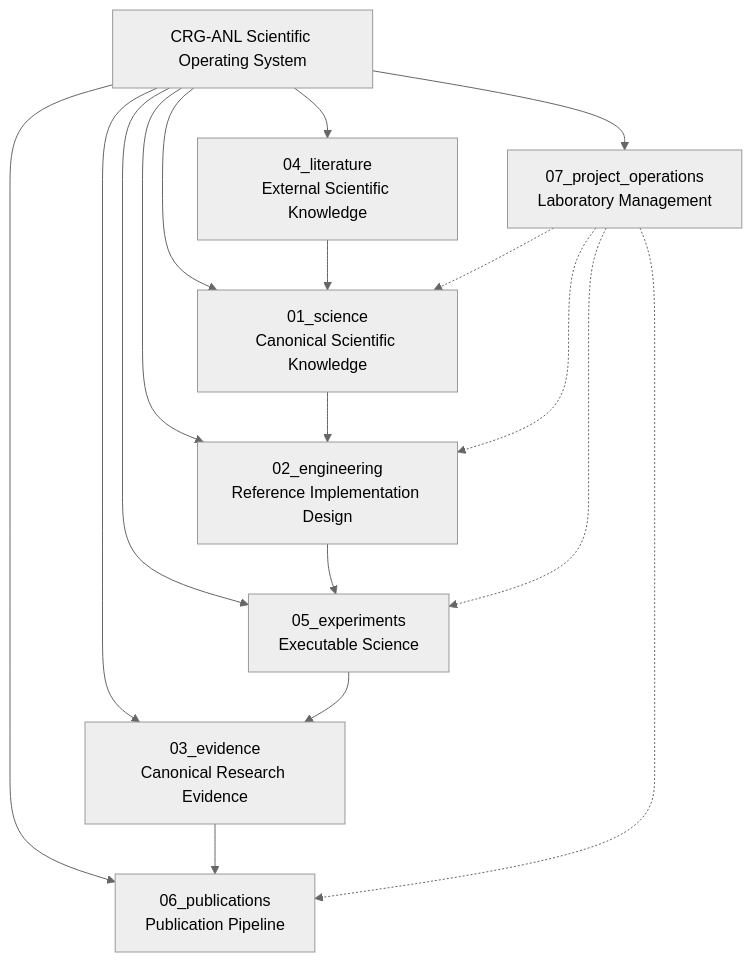
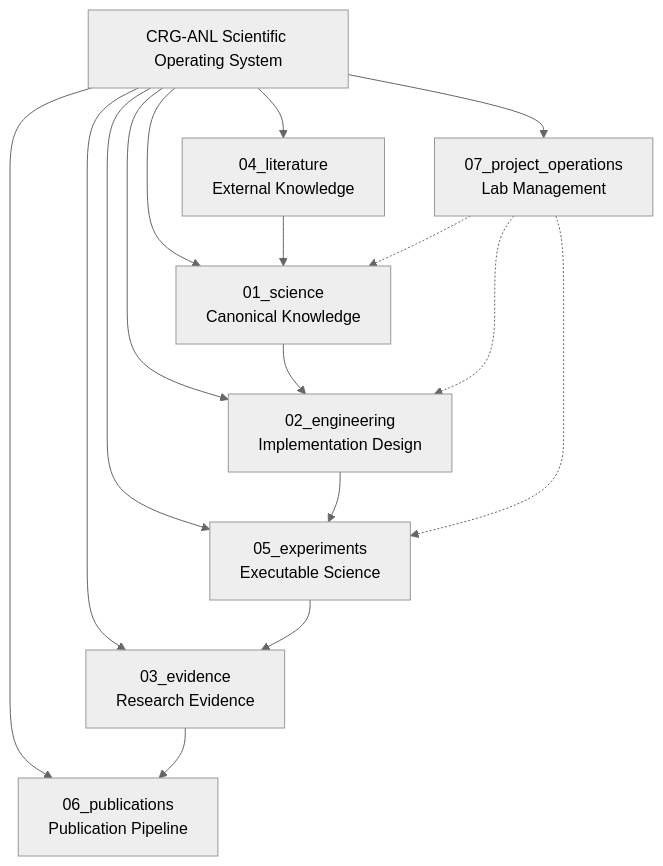
Before and after one commit to CRGSLab/crg-anl: the diagram in README.md, drawn with Mermaid (neutral theme). The commit also changed other lines of this file, not shown here.

````diff
--- a/README.md
+++ b/README.md
@@ -33,21 +138,21 @@
 ```mermaid
 graph TB
     ROOT["CRG-ANL Scientific Operating System"]
-    ROOT --> S["01_science<br/>Canonical Scientific Knowledge"]
-    ROOT --> E["02_engineering<br/>Reference Implementation Design"]
-    ROOT --> V["03_evidence<br/>Canonical Research Evidence"]
-    ROOT --> L["04_literature<br/>External Scientific Knowledge"]
+    
+    ROOT --> S["01_science<br/>Canonical Knowledge"]
+    ROOT --> E["02_engineering<br/>Implementation Design"]
+    ROOT --> V["03_evidence<br/>Research Evidence"]
+    ROOT --> L["04_literature<br/>External Knowledge"]
     ROOT --> X["05_experiments<br/>Executable Science"]
     ROOT --> P["06_publications<br/>Publication Pipeline"]
-    ROOT --> O["07_project_operations<br/>Laboratory Management"]
+    ROOT --> O["07_project_operations<br/>Lab Management"]
 
     S --> E
     E --> X
     L --> S
     X --> V
     V --> P
     O -.-> S
     O -.-> E
     O -.-> X
-    O -.-> P
 ```
````
